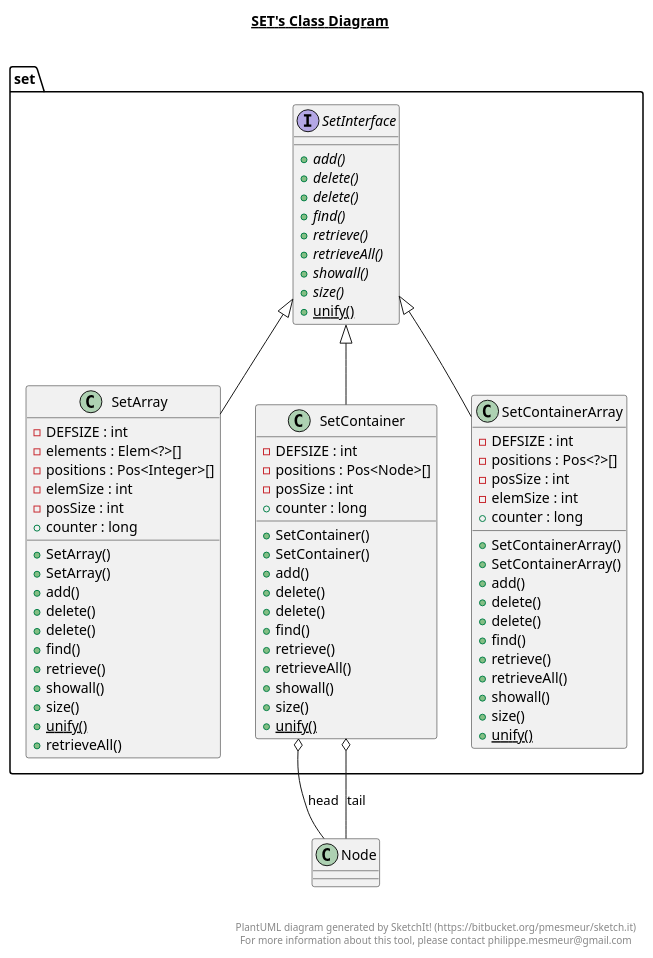
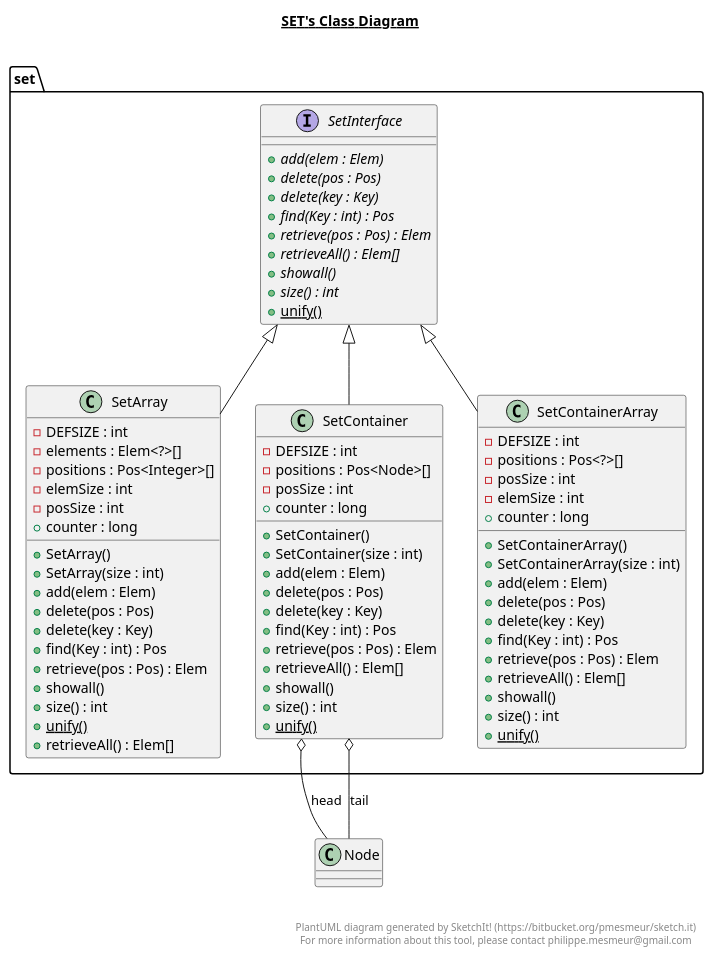
The diagram in src/set/set.plantuml (Finnfj/BTI-ADP-SS19), drawn with PlantUML before and after one commit. The commit also changed 4 other files, not shown here.

```diff
--- a/src/set/set.plantuml
+++ b/src/set/set.plantuml
@@ -1,100 +1,100 @@
 @startuml
 
 title __SET's Class Diagram__\n
 
   package set {
     class SetArray {
         - DEFSIZE : int
         - elements : Elem<?>[]
         - positions : Pos<Integer>[]
         - elemSize : int
         - posSize : int
         + counter : long
         + SetArray()
-        + SetArray()
-        + add()
-        + delete()
-        + delete()
-        + find()
-        + retrieve()
+        + SetArray(size : int)
+        + add(elem : Elem)
+        + delete(pos : Pos)
+        + delete(key : Key)
+        + find(Key : int) : Pos
+        + retrieve(pos : Pos) : Elem
         + showall()
-        + size()
+        + size() : int
         {static} + unify()
-        + retrieveAll()
+        + retrieveAll() : Elem[]
     }
   }
-  
+
 
   package set {
     class SetContainer {
         - DEFSIZE : int
         - positions : Pos<Node>[]
         - posSize : int
         + counter : long
         + SetContainer()
-        + SetContainer()
-        + add()
-        + delete()
-        + delete()
-        + find()
-        + retrieve()
-        + retrieveAll()
+        + SetContainer(size : int)
+        + add(elem : Elem)
+        + delete(pos : Pos)
+        + delete(key : Key)
+        + find(Key : int) : Pos
+        + retrieve(pos : Pos) : Elem
+        + retrieveAll() : Elem[]
         + showall()
-        + size()
+        + size() : int
         {static} + unify()
     }
   }
-  
+
 
   package set {
     class SetContainerArray {
         - DEFSIZE : int
         - positions : Pos<?>[]
         - posSize : int
         - elemSize : int
         + counter : long
         + SetContainerArray()
-        + SetContainerArray()
-        + add()
-        + delete()
-        + delete()
-        + find()
-        + retrieve()
-        + retrieveAll()
+        + SetContainerArray(size : int)
+        + add(elem : Elem)
+        + delete(pos : Pos)
+        + delete(key : Key)
+        + find(Key : int) : Pos
+        + retrieve(pos : Pos) : Elem
+        + retrieveAll() : Elem[]
         + showall()
-        + size()
+        + size() : int
         {static} + unify()
     }
   }
-  
+
 
   package set {
     interface SetInterface {
-        {abstract} + add()
-        {abstract} + delete()
-        {abstract} + delete()
-        {abstract} + find()
-        {abstract} + retrieve()
-        {abstract} + retrieveAll()
+        {abstract} + add(elem : Elem)
+        {abstract} + delete(pos : Pos)
+        {abstract} + delete(key : Key)
+        {abstract} + find(Key : int) : Pos
+        {abstract} + retrieve(pos : Pos) : Elem
+        {abstract} + retrieveAll() : Elem[]
         {abstract} + showall()
-        {abstract} + size()
+        {abstract} + size() : int
         {static} + unify()
     }
   }
   
 
   SetArray -up-|> SetInterface
   SetContainer -up-|> SetInterface
   SetContainer o-- Node : head
   SetContainer o-- Node : tail
   SetContainerArray -up-|> SetInterface
 
 
 right footer
 
 
 PlantUML diagram generated by SketchIt! (https://bitbucket.org/pmesmeur/sketch.it)
 For more information about this tool, please contact philippe.mesmeur@gmail.com
 endfooter
 
 @enduml
```
